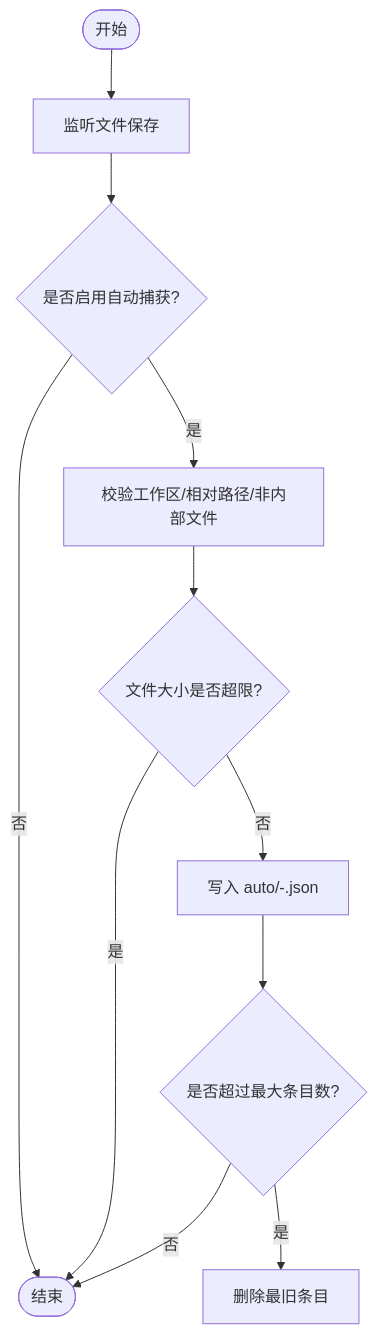
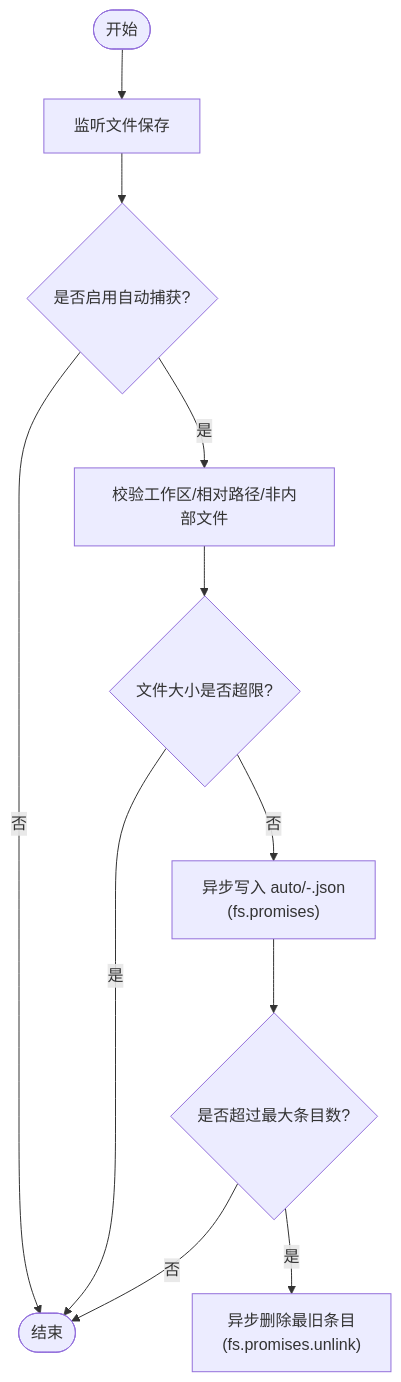
Before and after one commit to sofate798/KodrixCode: the third of 6 diagrams in .qoder/repowiki/zh/content/架构设计/Agent 操作系统架构/检查点可视化系统.md, drawn with Mermaid. The commit also changed other lines of this file and 9 other files, not shown here.

````diff
--- a/.qoder/repowiki/zh/content/架构设计/Agent 操作系统架构/检查点可视化系统.md
+++ b/.qoder/repowiki/zh/content/架构设计/Agent 操作系统架构/检查点可视化系统.md
@@ -125,13 +143,13 @@
 ```mermaid
 flowchart TD
 Start(["开始"]) --> SaveEvt["监听文件保存"]
 SaveEvt --> CheckCfg{"是否启用自动捕获?"}
 CheckCfg -- 否 --> End(["结束"])
 CheckCfg -- 是 --> Validate["校验工作区/相对路径/非内部文件"]
 Validate --> SizeOk{"文件大小是否超限?"}
 SizeOk -- 是 --> End
-SizeOk -- 否 --> WriteSnap["写入 auto/<id>-<rel>.json"]
+SizeOk -- 否 --> WriteSnap["异步写入 auto/<id>-<rel>.json<br/>(fs.promises)"]
 WriteSnap --> Roll{"是否超过最大条目数?"}
-Roll -- 是 --> Trim["删除最旧条目"]
+Roll -- 是 --> Trim["异步删除最旧条目<br/>(fs.promises.unlink)"]
 Roll -- 否 --> End
 ```
````
